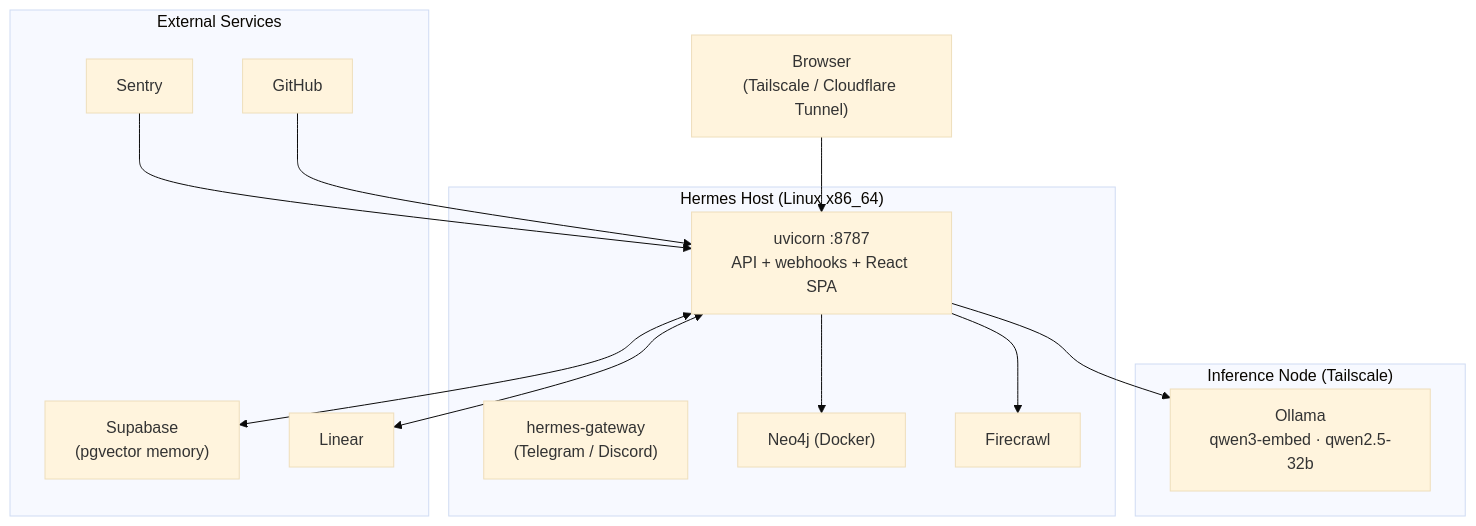
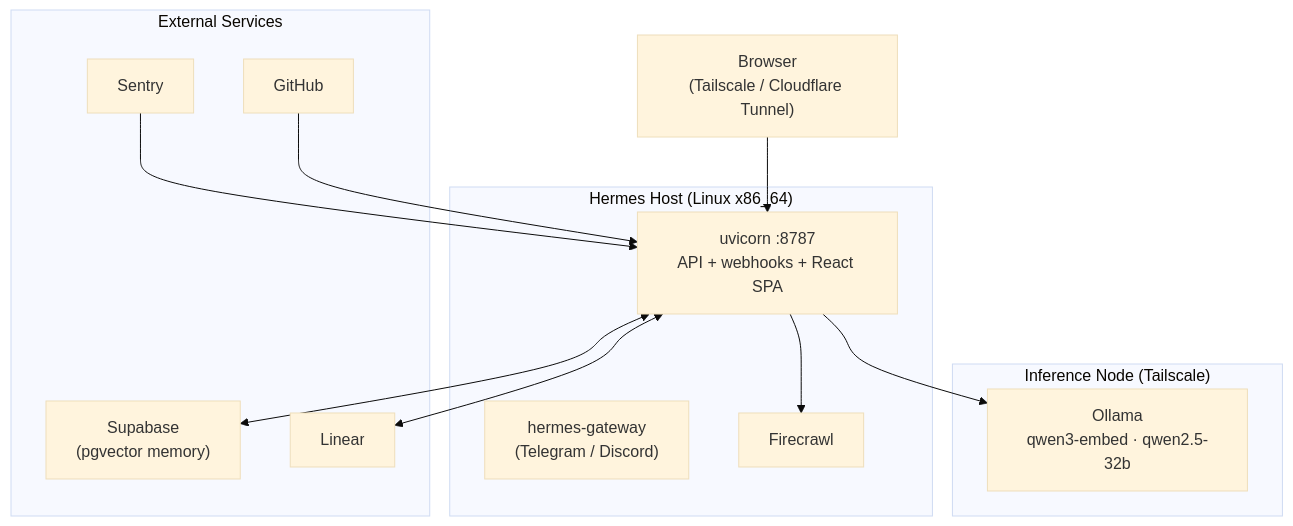
One commit to andrewalhaj/hermes-dispatcher changed the second of 2 diagrams in README.md. Above: the diagram before and after it, drawn with Mermaid (base theme). The commit also changed other lines of this file and 3 other files, not shown here.

````diff
--- a/README.md
+++ b/README.md
@@ -77,31 +77,29 @@
 ```mermaid
 flowchart TB
     BROWSER["Browser<br/>(Tailscale / Cloudflare Tunnel)"]
 
     subgraph Host["Hermes Host (Linux x86_64)"]
         UVICORN["uvicorn :8787<br/>API + webhooks + React SPA"]
         GATEWAY["hermes-gateway<br/>(Telegram / Discord)"]
-        NEO4J["Neo4j (Docker)"]
         FIRECRAWL["Firecrawl"]
     end
 
     subgraph Cloud["External Services"]
         SUPABASE["Supabase<br/>(pgvector memory)"]
         LINEAR2["Linear"]
         SENTRY2["Sentry"]
         GH2["GitHub"]
     end
 
     subgraph GPU["Inference Node (Tailscale)"]
         OLLAMA["Ollama<br/>qwen3-embed · qwen2.5-32b"]
     end
 
     BROWSER --> UVICORN
-    UVICORN --> NEO4J
     UVICORN --> FIRECRAWL
     UVICORN <--> SUPABASE
     UVICORN <--> LINEAR2
     SENTRY2 --> UVICORN
     GH2 --> UVICORN
     UVICORN --> OLLAMA
 ```
````
